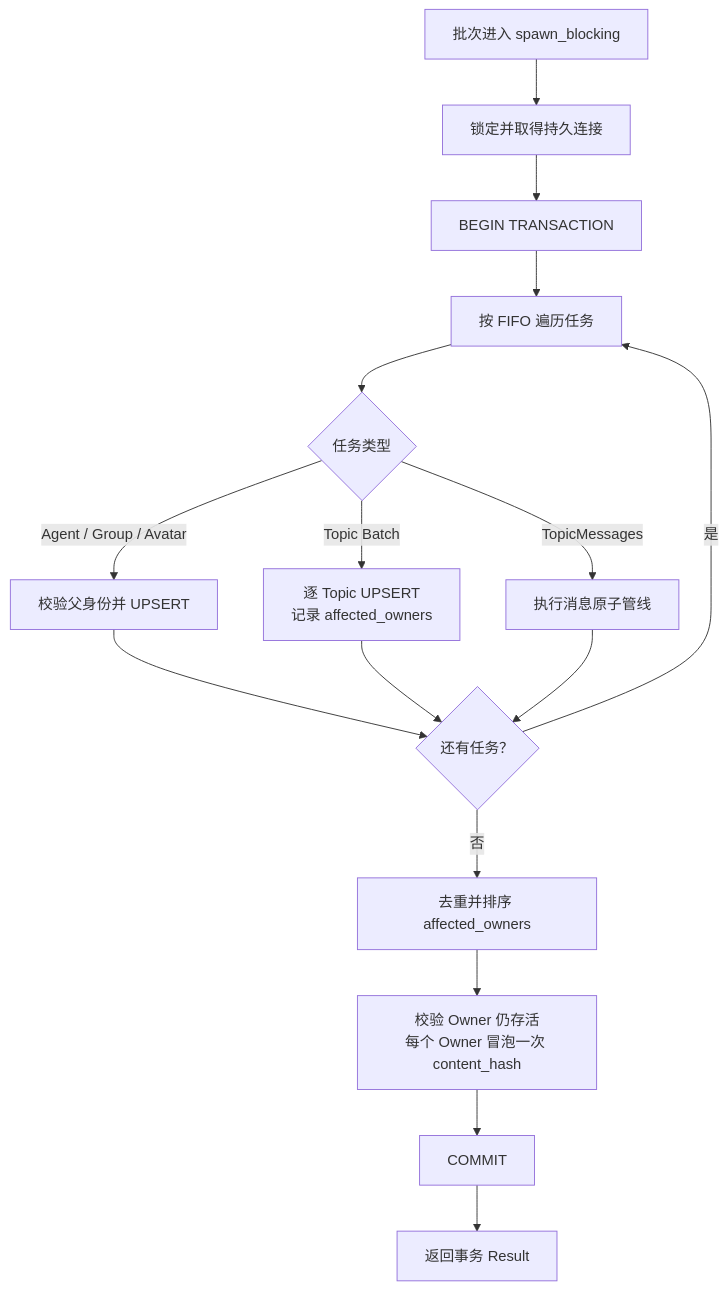
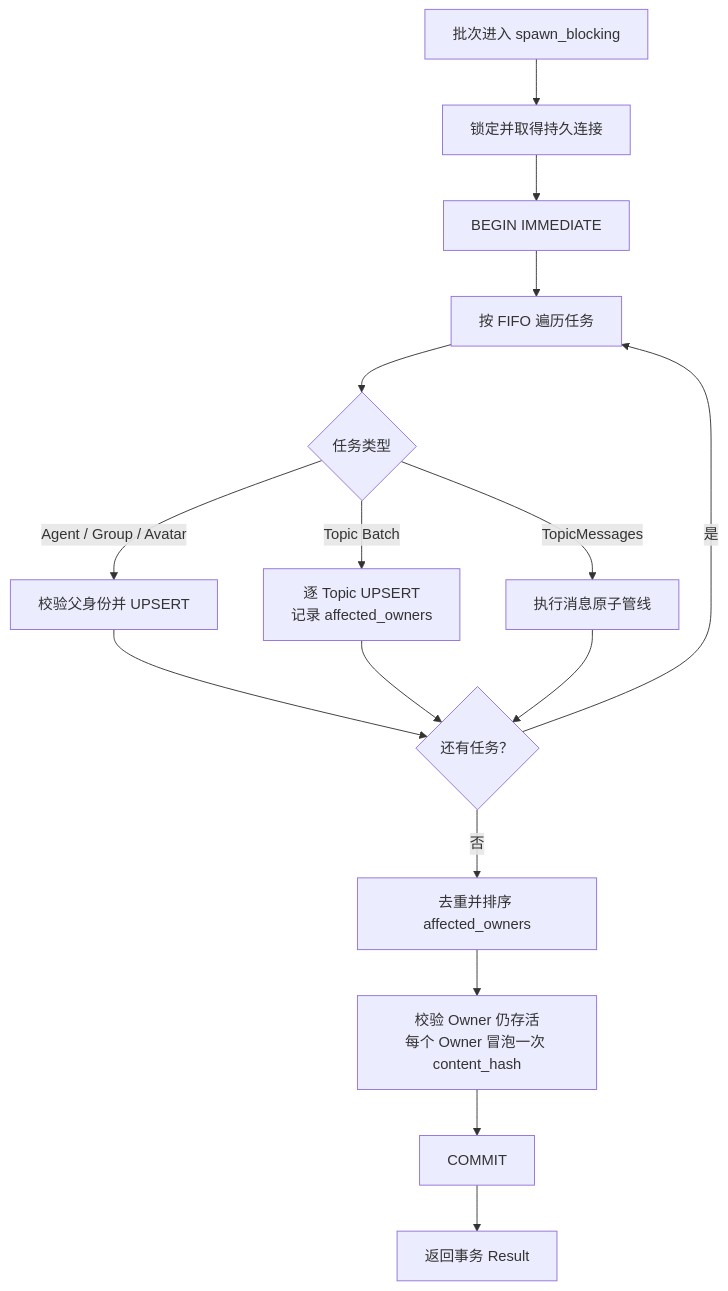
Before and after one commit to MRiecy/VCPMobile: the fifth of 8 diagrams in docs/modules/14_Persistence领域总览.md, drawn with Mermaid. The commit also changed other lines of this file and 26 other files, not shown here.

````diff
--- a/docs/modules/14_Persistence领域总览.md
+++ b/docs/modules/14_Persistence领域总览.md
@@ -527,20 +533,20 @@
 ```mermaid
 flowchart TD
     A["批次进入 spawn_blocking"] --> B["锁定并取得持久连接"]
-    B --> C["BEGIN TRANSACTION"]
+    B --> C["BEGIN IMMEDIATE"]
     C --> D["按 FIFO 遍历任务"]
 
     D --> E{"任务类型"}
     E -->|"Agent / Group / Avatar"| F["校验父身份并 UPSERT"]
     E -->|"Topic Batch"| G["逐 Topic UPSERT<br/>记录 affected_owners"]
     E -->|"TopicMessages"| H["执行消息原子管线"]
 
     F --> I{"还有任务？"}
     G --> I
     H --> I
     I -- "是" --> D
     I -- "否" --> J["去重并排序 affected_owners"]
     J --> K["校验 Owner 仍存活<br/>每个 Owner 冒泡一次 content_hash"]
     K --> L["COMMIT"]
     L --> M["返回事务 Result"]
 ```
````
